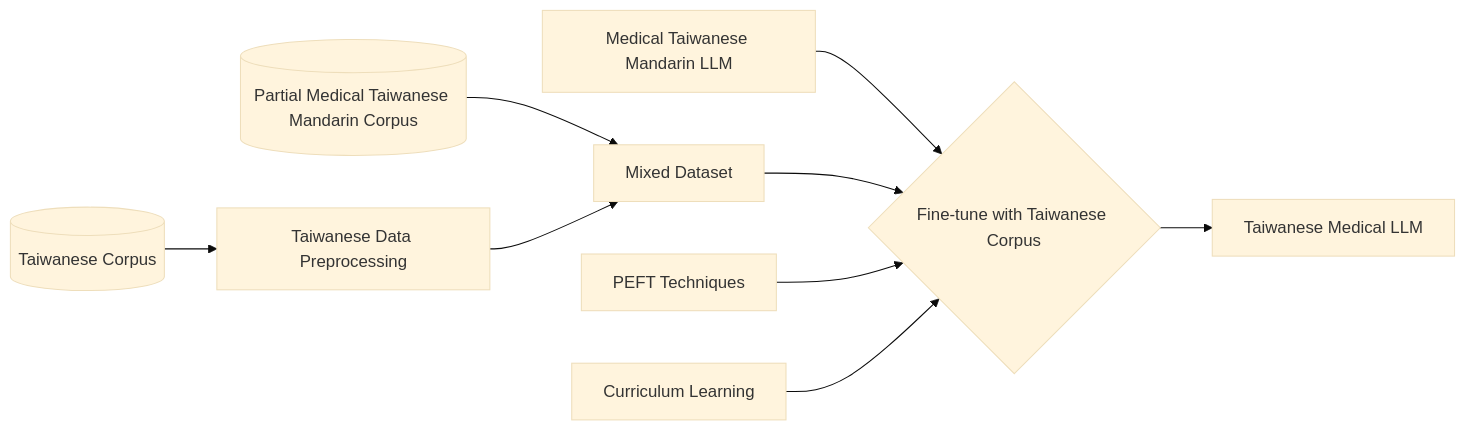
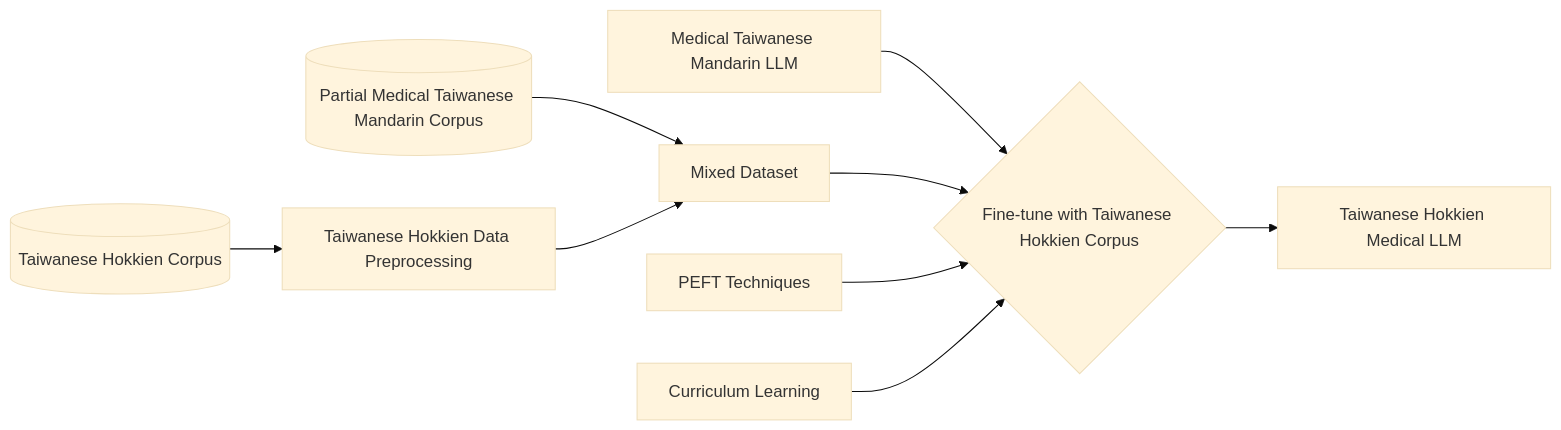
Before and after one commit to iridiumtao/Fine-Tuning-Taiwanese-Hokkien-LLM-for-Medical-Advising: the third of 4 diagrams in README.md, drawn with Mermaid (base theme). The commit also changed other lines of this file, not shown here.

Commit message:
Modified Taiwanese as a language to Taiwanese Hokkien to reduce ambiguity.

````diff
--- a/README.md
+++ b/README.md
@@ -77,13 +77,13 @@
 ```mermaid
 flowchart LR
-    A[Medical Taiwanese Mandarin LLM] --> B{Fine-tune with Taiwanese Corpus}
-    B --> C[Taiwanese Medical LLM]
+    A[Medical Taiwanese Mandarin LLM] --> B{Fine-tune with Taiwanese Hokkien Corpus}
+    B --> C[Taiwanese Hokkien Medical LLM]
     
-    D[(Taiwanese Corpus)] --> E[Taiwanese Data Preprocessing]
+    D[(Taiwanese Hokkien Corpus)] --> E[Taiwanese Hokkien Data Preprocessing]
     F[(Partial Medical Taiwanese Mandarin Corpus)] --> G[Mixed Dataset]
     E --> G
     G --> B
     
     H[PEFT Techniques] --> B
     I[Curriculum Learning] --> B
 ```
````
